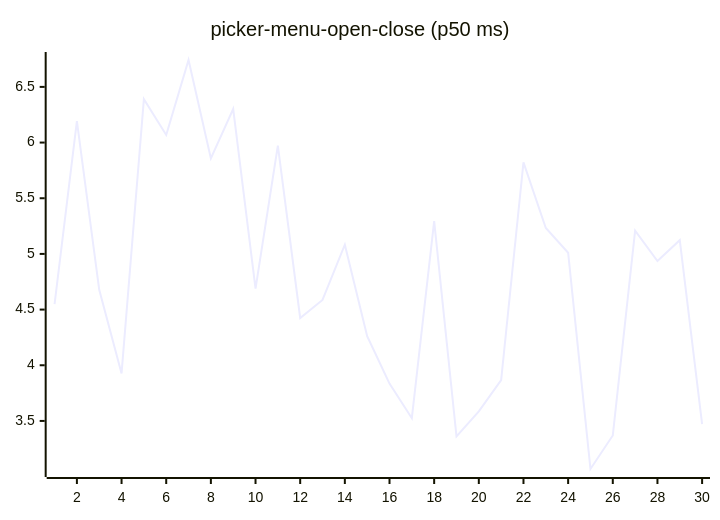
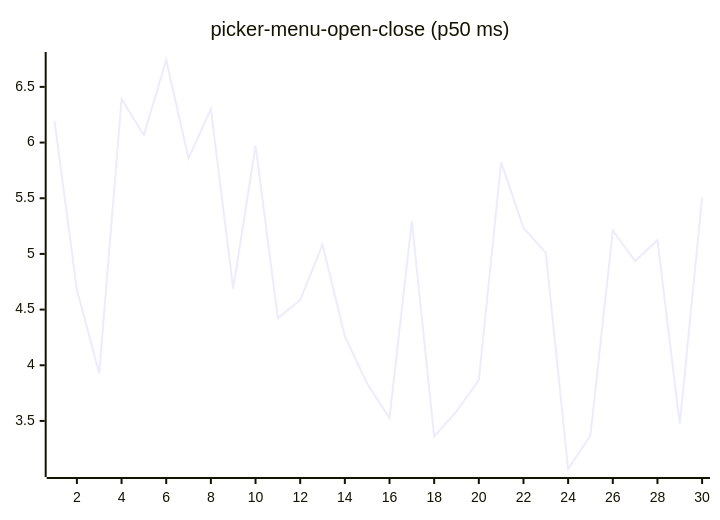
Before and after one commit to josha/Facet: diagram 16 of 27 in README.md, drawn with Mermaid. The commit also changed other lines of this file and 2 other files, not shown here.

````diff
--- a/README.md
+++ b/README.md
@@ -168,6 +168,6 @@
 ```mermaid
 xychart-beta
     title "picker-menu-open-close (p50 ms)"
     x-axis 1 --> 30
-    line [4.5489, 6.1919, 4.6774, 3.9267, 6.3897, 6.0683, 6.7415, 5.8582, 6.3016, 4.6878, 5.9725, 4.4246, 4.5868, 5.0832, 4.2609, 3.8354, 3.5244, 5.2942, 3.3612, 3.5857, 3.8672, 5.8216, 5.2328, 5.0107, 3.0683, 3.3695, 5.2090, 4.9360, 5.1232, 3.4711]
+    line [6.1919, 4.6774, 3.9267, 6.3897, 6.0683, 6.7415, 5.8582, 6.3016, 4.6878, 5.9725, 4.4246, 4.5868, 5.0832, 4.2609, 3.8354, 3.5244, 5.2942, 3.3612, 3.5857, 3.8672, 5.8216, 5.2328, 5.0107, 3.0683, 3.3695, 5.2090, 4.9360, 5.1232, 3.4711, 5.5061]
 ```
````
